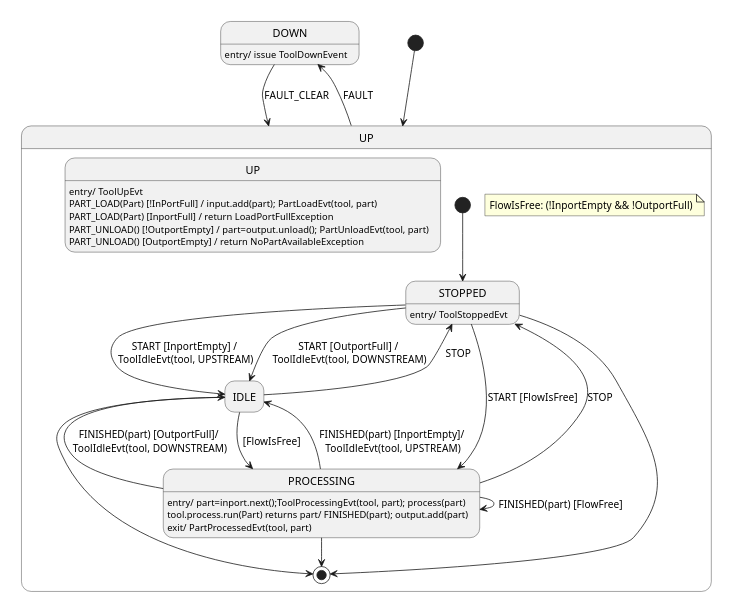
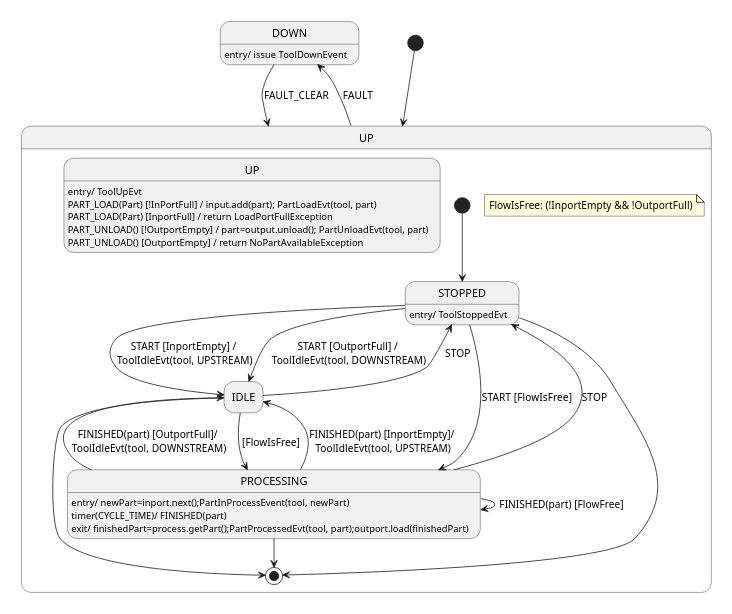
Before and after one commit to onouv/mes-tool-mock-srv: the diagram in doc/domain/tool.state.puml, drawn with PlantUML. The commit also changed 27 other files, not shown here.

```diff
--- a/doc/domain/tool.state.puml
+++ b/doc/domain/tool.state.puml
@@ -1,49 +1,48 @@
 @startuml
 'https://plantuml.com/state-diagram
 
 scale 350 width
 
 hide empty description
 state DOWN : entry/ issue ToolDownEvent
 
 [*] --> UP
 UP --> DOWN: FAULT
 DOWN --> UP: FAULT_CLEAR
 state UP {
     state UP: entry/ ToolUpEvt
     state UP: PART_LOAD(Part) [!InPortFull] / input.add(part); PartLoadEvt(tool, part)
     state UP: PART_LOAD(Part) [InportFull] / return LoadPortFullException
     state UP: PART_UNLOAD() [!OutportEmpty] / part=output.unload(); PartUnloadEvt(tool, part)
     state UP: PART_UNLOAD() [OutportEmpty] / return NoPartAvailableException
     state STOPPED: entry/ ToolStoppedEvt
     state IDLE
-    state PROCESSING: entry/ part=inport.next();ToolProcessingEvt(tool, part); process(part)
-    state PROCESSING: tool.process.run(Part) returns part/ FINISHED(part); output.add(part)
-
-    state PROCESSING: exit/ PartProcessedEvt(tool, part)
+    state PROCESSING: entry/ newPart=inport.next();PartInProcessEvent(tool, newPart)
+    state PROCESSING: timer(CYCLE_TIME)/ FINISHED(part)
+    state PROCESSING: exit/ finishedPart=process.getPart();PartProcessedEvt(tool, part);outport.load(finishedPart)
 
     [*] --> STOPPED
     STOPPED --> IDLE: START [InportEmpty] / \nToolIdleEvt(tool, UPSTREAM)
     STOPPED --> IDLE: START [OutportFull] / \nToolIdleEvt(tool, DOWNSTREAM)
 
     STOPPED --> PROCESSING: START [FlowIsFree]
     PROCESSING --> PROCESSING: FINISHED(part) [FlowFree]
     PROCESSING --> IDLE: FINISHED(part) [InportEmpty]/ \nToolIdleEvt(tool, UPSTREAM)
     PROCESSING --> IDLE: FINISHED(part) [OutportFull]/ \nToolIdleEvt(tool, DOWNSTREAM)
     IDLE --> PROCESSING: [FlowIsFree]
 
 
     IDLE --> STOPPED: STOP
     PROCESSING --> STOPPED: STOP
 
     STOPPED --> [*]
     IDLE --> [*]
     PROCESSING --> [*]
 
     note as T
         FlowIsFree: (!InportEmpty && !OutportFull)
     end note
 
 }
 
 @enduml
```
